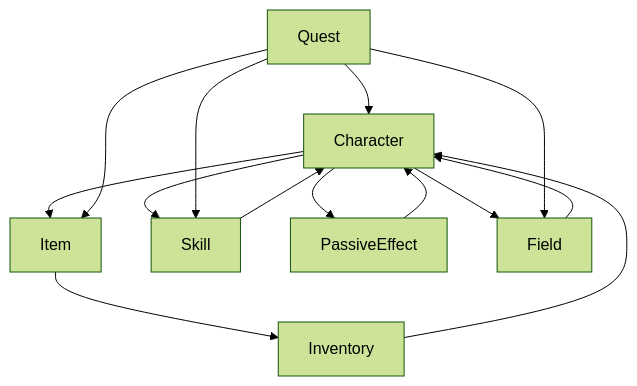
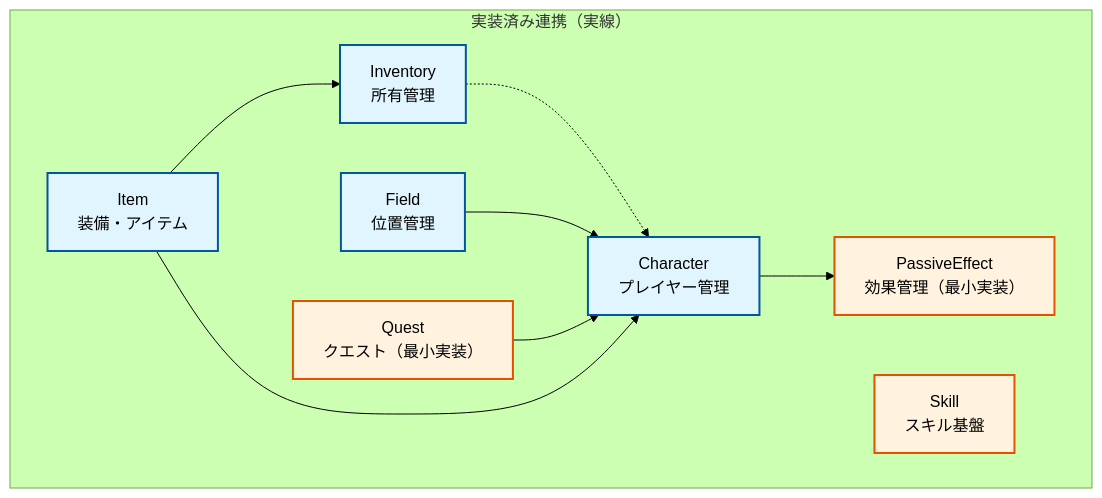
The first of 2 diagrams in Assets/Plugins/BlackSmith.Domain/docs/integration/DomainInteractions.md (Kojima-Tatsuki/BlackSmith.Domain), drawn with Mermaid (forest theme) before and after one commit. The commit also changed other lines of this file and 41 other files, not shown here.

````diff
--- a/Assets/Plugins/BlackSmith.Domain/docs/integration/DomainInteractions.md
+++ b/Assets/Plugins/BlackSmith.Domain/docs/integration/DomainInteractions.md
@@ -12,22 +14,27 @@
 ```mermaid
 graph TD
-    Character --> Item
-    Character --> Skill
+    subgraph "実装済み連携（実線）"
+        Character["Character<br/>プレイヤー管理"]
+        Item["Item<br/>装備・アイテム"]
+        Inventory["Inventory<br/>所有管理"]
+        Field["Field<br/>位置管理"]
+        Quest["Quest<br/>クエスト（最小実装）"]
+        PassiveEffect["PassiveEffect<br/>効果管理（最小実装）"]
+        Skill["Skill<br/>スキル基盤"]
+    end
+    
+    %% 実装済み連携（実線）
+    Item --> Inventory
+    Inventory -.-> Character
+    Field --> Character
+    Quest --> Character
     Character --> PassiveEffect
-    Character --> Field
+    Item --> Character
     
-    Item --> Inventory
+    %% スタイル
+    classDef implemented fill:#e1f5fe,stroke:#01579b,stroke-width:2px
+    classDef minimal fill:#fff3e0,stroke:#e65100,stroke-width:2px
     
-    Inventory --> Character
-    
-    Skill --> Character
-    
-    PassiveEffect --> Character
-    
-    Quest --> Character
-    Quest --> Item
-    Quest --> Field
-    Quest --> Skill
-    
-    Field --> Character
+    class Character,Item,Inventory,Field implemented
+    class Quest,PassiveEffect,Skill minimal
 ```
````
